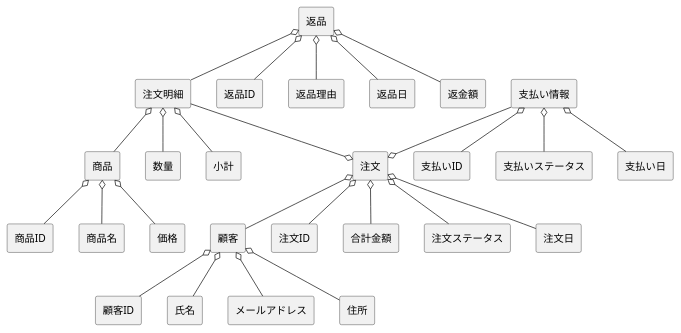
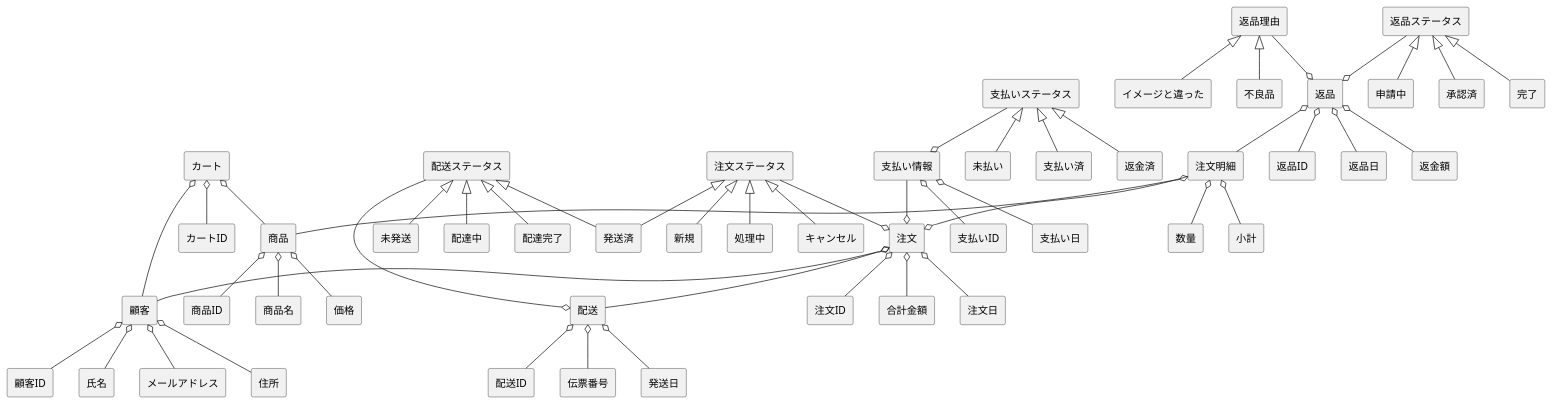
The diagram in group/BB/BBdomain.pu (amaneko0608/ohara_uml), drawn with PlantUML before and after one commit. The commit also changed 12 other files, not shown here.

```diff
--- a/group/BB/BBdomain.pu
+++ b/group/BB/BBdomain.pu
@@ -1,41 +1,81 @@
 @startuml BBショップ注文管理ドメインモデル
 skinparam componentStyle rectangle
 
 ' 顧客エンティティ
 [顧客] o-- [顧客ID]
 [顧客] o-- [氏名]
 [顧客] o-- [メールアドレス]
 [顧客] o-- [住所]
+
+' カートエンティティ
+[カート] o-- [カートID]
+[カート] o-- [顧客]
+[カート] o-- [商品]
 
 ' 商品エンティティ
 [商品] o-- [商品ID]
 [商品] o-- [商品名]
 [商品] o-- [価格]
 
 ' 注文エンティティ
 [注文] o-- [注文ID]
 [注文] o-- [顧客]
 [注文] o-- [合計金額]
-[注文] o-- [注文ステータス]
 [注文] o-- [注文日]
+
+' 注文ステータスを独立化して白矢印で繋ぐ
+[注文ステータス] <|-- [新規]
+[注文ステータス] <|-- [処理中]
+[注文ステータス] <|-- [発送済]
+[注文ステータス] <|-- [キャンセル]
+[注文ステータス] --o [注文]
 
 ' 注文明細エンティティ
 [注文明細] --o [注文]
 [注文明細] o-- [商品]
 [注文明細] o-- [数量]
 [注文明細] o-- [小計]
 
 ' 支払い情報エンティティ
 [支払い情報] --o [注文]
 [支払い情報] o-- [支払いID]
-[支払い情報] o-- [支払いステータス]
 [支払い情報] o-- [支払い日]
 
-' 返品エンティティ
+' 支払いステータスを独立化して白矢印で繋ぐ
+[支払いステータス] <|-- [未払い]
+[支払いステータス] <|-- [支払い済]
+[支払いステータス] <|-- [返金済]
+[支払いステータス] --o [支払い情報]
+
+' 返品エンティティ（注文明細単位）
 [返品] o-- [注文明細]
 [返品] o-- [返品ID]
-[返品] o-- [返品理由]
 [返品] o-- [返品日]
 [返品] o-- [返金額]
 
+' 返品理由を独立化して白矢印で繋ぐ
+[返品理由] <|-- [イメージと違った]
+[返品理由] <|-- [不良品]
+[返品理由] --o [返品]
+
+[返品ステータス] <|-- [申請中]
+[返品ステータス] <|-- [承認済]
+[返品ステータス] <|-- [完了]
+[返品ステータス] --o [返品]
+
+' 配送エンティティ
+[配送] o-- [配送ID]
+[配送] o-- [伝票番号]
+[配送] o-- [発送日]
+
+' 配送ステータスを独立化して白矢印で繋ぐ
+[配送ステータス] <|-- [未発送]
+[配送ステータス] <|-- [発送済]
+[配送ステータス] <|-- [配達中]
+[配送ステータス] <|-- [配達完了]
+[配送ステータス] --o [配送]
+
+' 注文と配送の関係
+[注文] o-- [配送]
+
 @enduml
```
